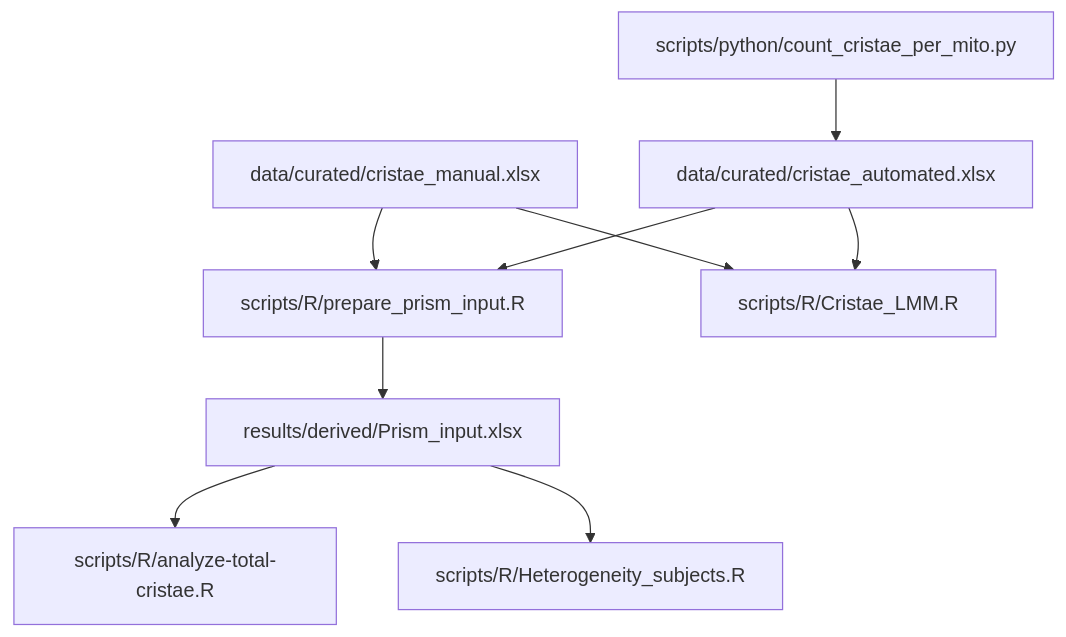
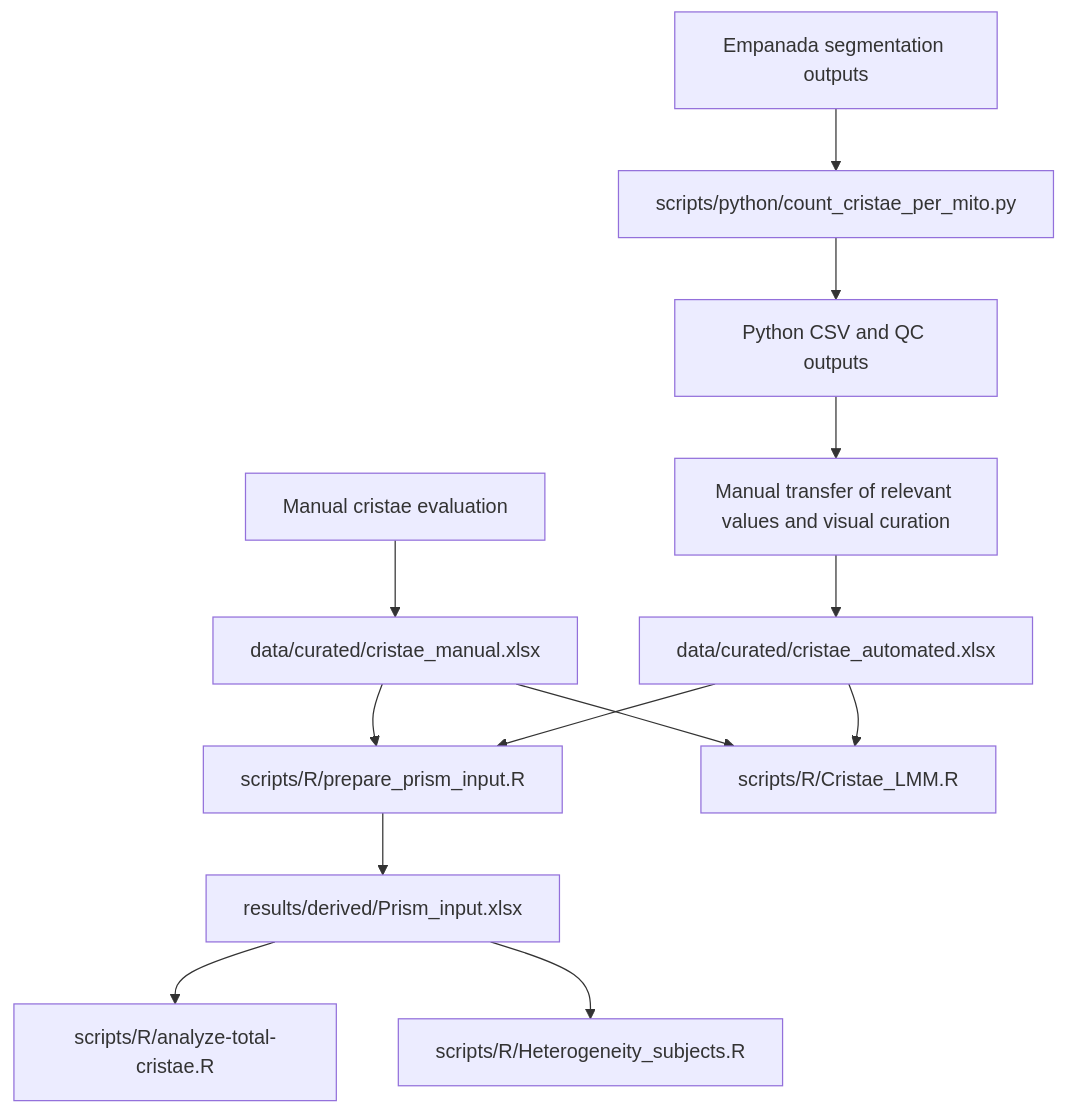
The diagram in scripts/README.md (nikolvolfova-web/Mitochondrial-Ultrastructure-Analysis), drawn with Mermaid before and after one commit. The commit also changed other lines of this file, not shown here.

````diff
--- a/scripts/README.md
+++ b/scripts/README.md
@@ -37,20 +48,19 @@
 ```mermaid
 flowchart TD
-    M["data/curated/cristae_manual.xlsx"]
-    A["data/curated/cristae_automated.xlsx"]
+    M1["Manual cristae evaluation"] --> M2["data/curated/cristae_manual.xlsx"]
 
-    P["scripts/python/count_cristae_per_mito.py"]
-    PI["scripts/R/prepare_prism_input.R"]
-    T["scripts/R/analyze-total-cristae.R"]
-    H["scripts/R/Heterogeneity_subjects.R"]
-    L["scripts/R/Cristae_LMM.R"]
+    E1["Empanada segmentation outputs"] --> P["scripts/python/count_cristae_per_mito.py"]
+    P --> C["Python CSV and QC outputs"]
+    C --> T["Manual transfer of relevant values and visual curation"]
+    T --> A["data/curated/cristae_automated.xlsx"]
 
-    P --> A
-    M --> PI
+    M2 --> PI["scripts/R/prepare_prism_input.R"]
     A --> PI
     PI --> PR["results/derived/Prism_input.xlsx"]
-    PR --> T
-    PR --> H
-    M --> L
+
+    PR --> TC["scripts/R/analyze-total-cristae.R"]
+    PR --> H["scripts/R/Heterogeneity_subjects.R"]
+
+    M2 --> L["scripts/R/Cristae_LMM.R"]
     A --> L
 ```
````
